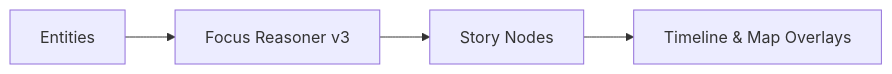
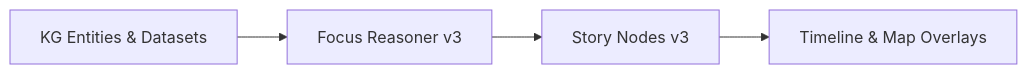
The third of 5 diagrams in ARCHITECTURE.md (bartytime4life/Kansas-Frontier-Matrix), drawn with Mermaid before and after one commit. The commit also changed other lines of this file, not shown here.

````diff
--- a/ARCHITECTURE.md
+++ b/ARCHITECTURE.md
@@ -236,6 +247,6 @@
 ```mermaid
 flowchart LR
-    A[Entities] --> B[Focus Reasoner v3]
-    B --> C[Story Nodes]
+    A[KG Entities & Datasets] --> B[Focus Reasoner v3]
+    B --> C[Story Nodes v3]
     C --> D[Timeline & Map Overlays]
 ```
````
